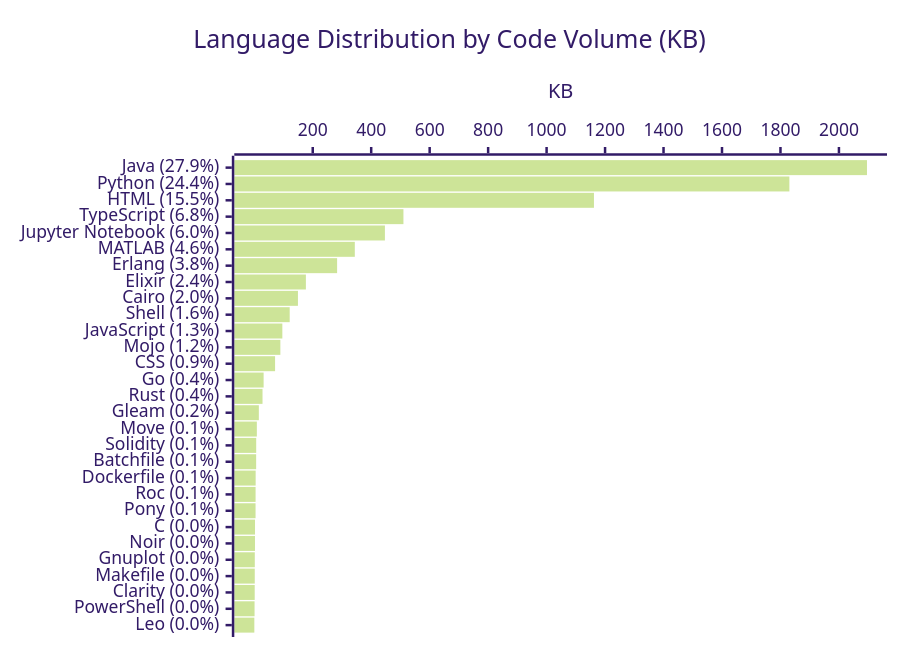
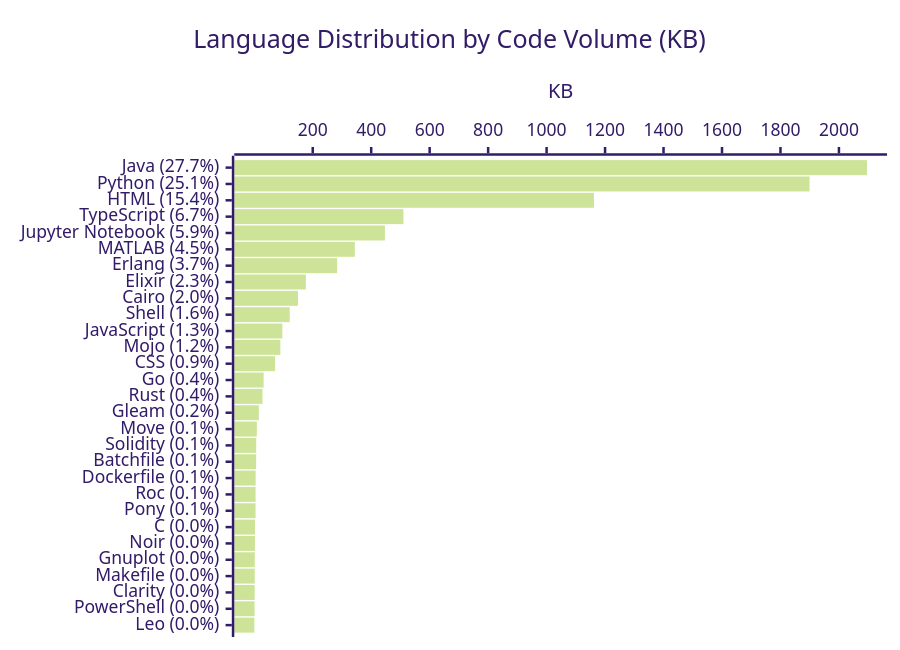
Before and after one commit to KathiraveluLab/.github: the diagram in profile/README.md, drawn with Mermaid (forest theme). The commit also changed other lines of this file and 1 other file, not shown here.

````diff
--- a/profile/README.md
+++ b/profile/README.md
@@ -67,7 +68,7 @@
 ```mermaid
 xychart-beta horizontal
     title "Language Distribution by Code Volume (KB)"
-    x-axis ["Java (27.9%)", "Python (24.4%)", "HTML (15.5%)", "TypeScript (6.8%)", "Jupyter Notebook (6.0%)", "MATLAB (4.6%)", "Erlang (3.8%)", "Elixir (2.4%)", "Cairo (2.0%)", "Shell (1.6%)", "JavaScript (1.3%)", "Mojo (1.2%)", "CSS (0.9%)", "Go (0.4%)", "Rust (0.4%)", "Gleam (0.2%)", "Move (0.1%)", "Solidity (0.1%)", "Batchfile (0.1%)", "Dockerfile (0.1%)", "Roc (0.1%)", "Pony (0.1%)", "C (0.0%)", "Noir (0.0%)", "Gnuplot (0.0%)", "Makefile (0.0%)", "Clarity (0.0%)", "PowerShell (0.0%)", "Leo (0.0%)"]
+    x-axis ["Java (27.7%)", "Python (25.1%)", "HTML (15.4%)", "TypeScript (6.7%)", "Jupyter Notebook (5.9%)", "MATLAB (4.5%)", "Erlang (3.7%)", "Elixir (2.3%)", "Cairo (2.0%)", "Shell (1.6%)", "JavaScript (1.3%)", "Mojo (1.2%)", "CSS (0.9%)", "Go (0.4%)", "Rust (0.4%)", "Gleam (0.2%)", "Move (0.1%)", "Solidity (0.1%)", "Batchfile (0.1%)", "Dockerfile (0.1%)", "Roc (0.1%)", "Pony (0.1%)", "C (0.0%)", "Noir (0.0%)", "Gnuplot (0.0%)", "Makefile (0.0%)", "Clarity (0.0%)", "PowerShell (0.0%)", "Leo (0.0%)"]
     y-axis "KB"
-    bar [2095.91, 1830.52, 1161.96, 510.29, 446.91, 343.93, 283.41, 176.6, 149.42, 121.22, 96.07, 89.29, 71.2, 32.03, 28.25, 15.66, 8.83, 6.65, 6.48, 4.76, 4.5, 4.41, 2.58, 2.46, 1.82, 1.71, 1.53, 1.02, 0.26]
+    bar [2095.91, 1899.55, 1161.96, 510.29, 446.91, 343.93, 283.41, 176.6, 149.42, 121.22, 96.07, 89.29, 71.2, 32.03, 28.25, 15.66, 8.83, 6.65, 6.48, 4.76, 4.5, 4.41, 2.58, 2.46, 1.82, 1.71, 1.53, 1.02, 0.26]
 ```
````
